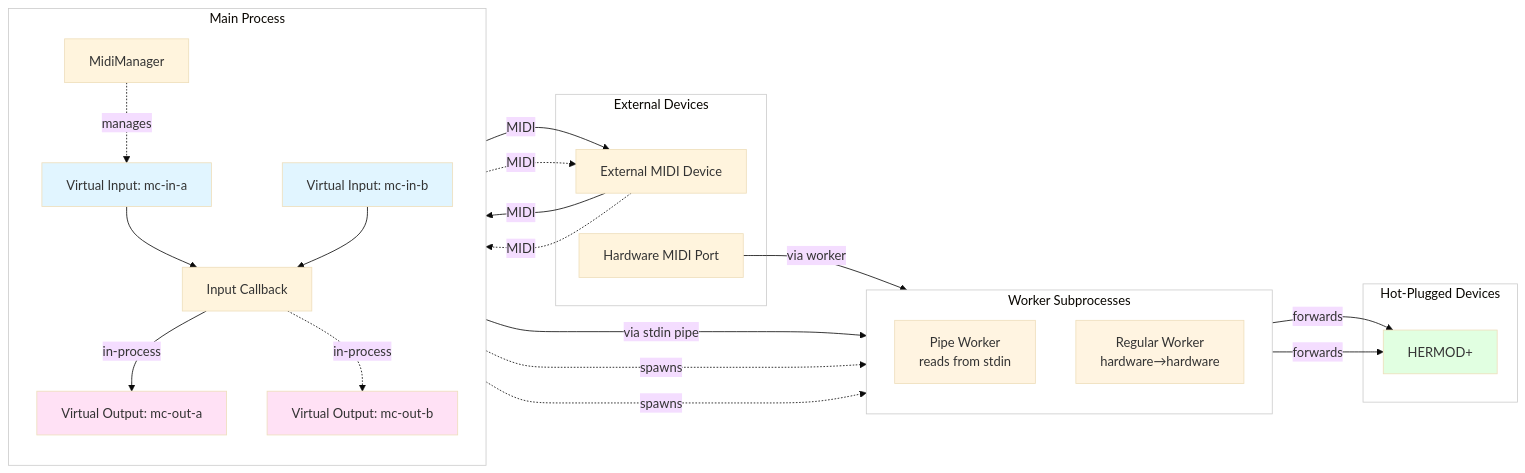
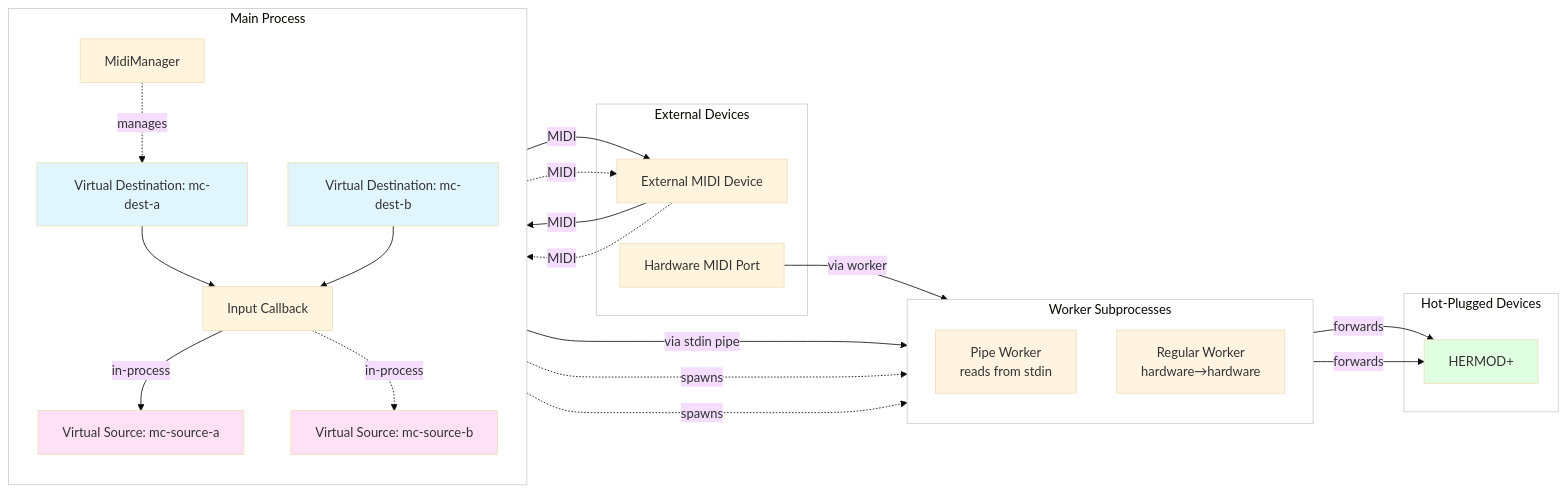
Before and after one commit to odaacabeef/midi-cable: the first of 11 diagrams in docs/architecture.md, drawn with Mermaid. The commit also changed other lines of this file and 1 other file, not shown here.

First line of the commit message:
Rename virtual ports

````diff
--- a/docs/architecture.md
+++ b/docs/architecture.md
@@ -15,57 +15,60 @@
 ```mermaid
 %%{init: {'theme':'base', 'themeVariables': { 'clusterBkg':'#ffffff', 'clusterBorder':'#cccccc'}}}%%
 flowchart LR
     subgraph External["External Devices"]
         ExtDevice[External MIDI Device]
         Hardware[Hardware MIDI Port]
     end
 
     subgraph Main["Main Process"]
         direction TB
-        VirtInA[Virtual Input: mc-in-a]
-        VirtInB[Virtual Input: mc-in-b]
+        VirtInA[Virtual Destination: mc-dest-a]
+        VirtInB[Virtual Destination: mc-dest-b]
         Callback[Input Callback]
-        VirtOutA[Virtual Output: mc-out-a]
-        VirtOutB[Virtual Output: mc-out-b]
+        VirtOutA[Virtual Source: mc-source-a]
+        VirtOutB[Virtual Source: mc-source-b]
         Manager[MidiManager]
     end
 
     subgraph Workers["Worker Subprocesses"]
         direction TB
         PipeWorker[Pipe Worker<br/>reads from stdin]
         RegWorker[Regular Worker<br/>hardware→hardware]
     end
 
     subgraph Output["Hot-Plugged Devices"]
         HotPlug[HERMOD+]
     end
 
     ExtDevice -->|MIDI| VirtInA
     ExtDevice -.->|MIDI| VirtInB
     Hardware -->|via worker| RegWorker
 
     VirtInA --> Callback
     VirtInB --> Callback
 
     Callback -->|in-process| VirtOutA
     Callback -.in-process.-> VirtOutB
     Callback -->|via stdin pipe| PipeWorker
 
     Manager -.manages.-> VirtInA
     Manager -.spawns.-> PipeWorker
     Manager -.spawns.-> RegWorker
 
     PipeWorker -->|forwards| HotPlug
     RegWorker -->|forwards| HotPlug
 
     VirtOutA -->|MIDI| ExtDevice
     VirtOutB -.MIDI.-> ExtDevice
 
     style VirtInA fill:#e1f5ff
     style VirtInB fill:#e1f5ff
     style VirtOutA fill:#ffe1f5
     style VirtOutB fill:#ffe1f5
     style PipeWorker fill:#fff4e1
     style RegWorker fill:#fff4e1
     style HotPlug fill:#e1ffe1
+
+    classDef destNode fill:#e1f5ff
+    classDef sourceNode fill:#ffe1f5
 ```
````
